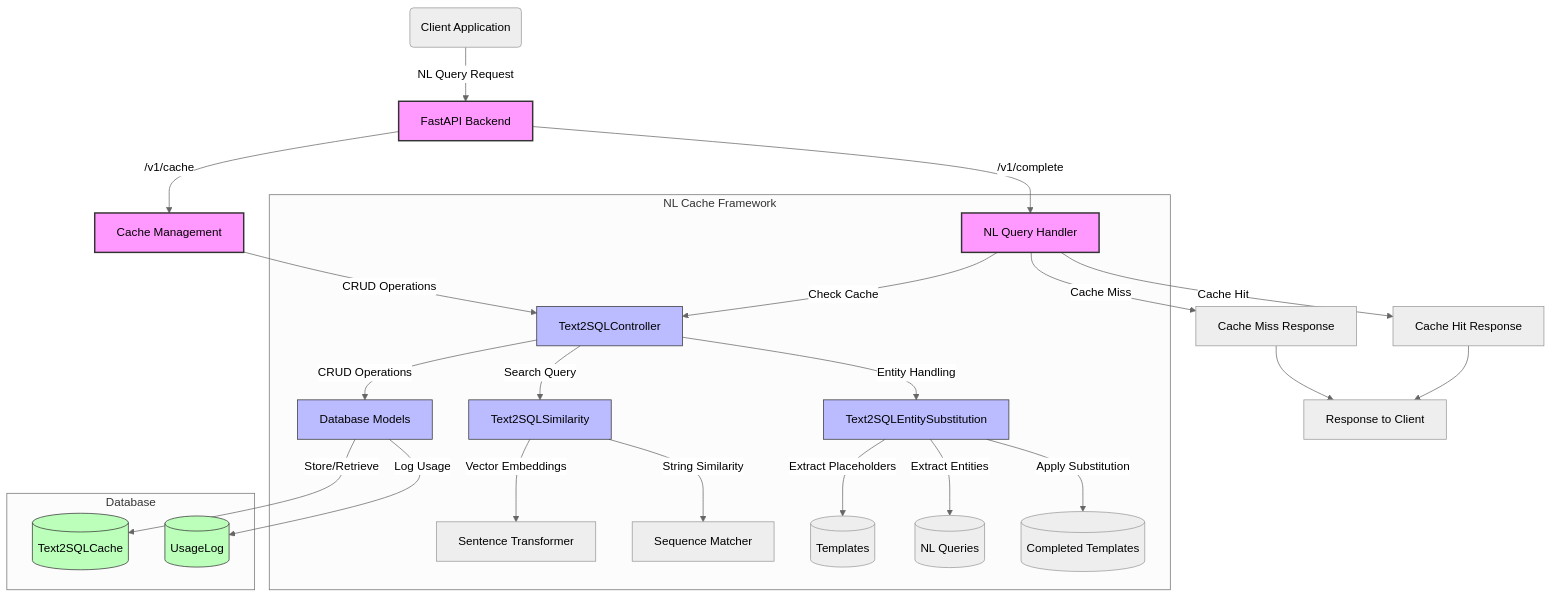
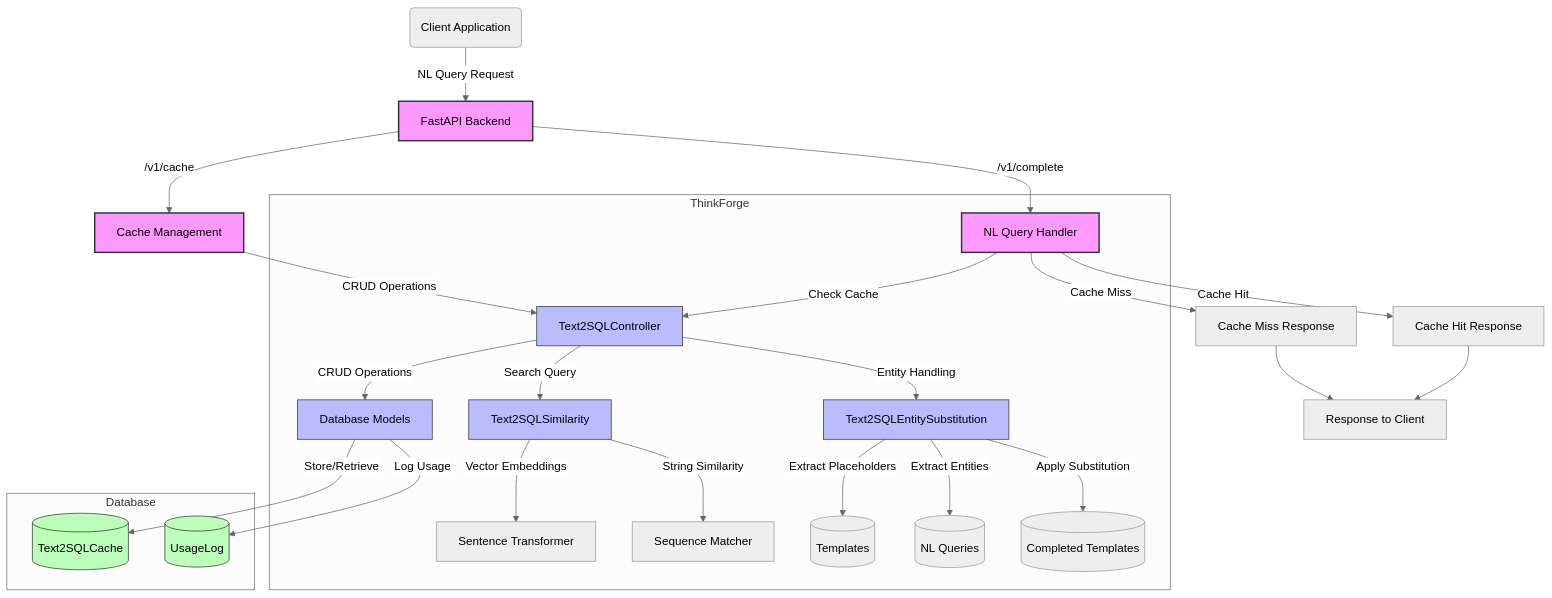
One commit to rnednur/nl_cache_framework changed the second of 3 diagrams in README.md. Above: the diagram before and after it, drawn with Mermaid (neutral theme). The commit also changed other lines of this file and 36 other files, not shown here.

Commit message:
Rename project from NLCache to ThinkForge

````diff
--- a/README.md
+++ b/README.md
@@ -94,52 +94,52 @@
 ```mermaid
 flowchart TD
     %% Main Flow
     Client(Client Application) -->|NL Query Request| FastAPI[FastAPI Backend]
     FastAPI -->|/v1/complete| NLQueryHandler[NL Query Handler]
     
-    %% Core NL Cache Framework Components
-    subgraph "NL Cache Framework"
+    %% Core ThinkForge Components
+    subgraph "ThinkForge"
         NLQueryHandler -->|Check Cache| Controller[Text2SQLController]
         Controller -->|Search Query| SimilarityUtil[Text2SQLSimilarity]
         Controller -->|CRUD Operations| DBModels[Database Models]
         Controller -->|Entity Handling| EntitySub[Text2SQLEntitySubstitution]
         
         %% Similarity Component
         SimilarityUtil -->|Vector Embeddings| SentenceTransformer[Sentence Transformer]
         SimilarityUtil -->|String Similarity| SequenceMatcher[Sequence Matcher]
         
         %% Entity Substitution Component
         EntitySub -->|Extract Placeholders| Templates[(Templates)]
         EntitySub -->|Extract Entities| NLQuery[(NL Queries)]
         EntitySub -->|Apply Substitution| CompletedTemplate[(Completed Templates)]
     end
     
     %% Database
     subgraph "Database"
         DBModels -->|Store/Retrieve| CacheEntries[(Text2SQLCache)]
         DBModels -->|Log Usage| UsageLog[(UsageLog)]
     end
     
     %% Response Paths
     NLQueryHandler -->|Cache Hit| CacheHitResponse[Cache Hit Response]
     NLQueryHandler -->|Cache Miss| CacheMissResponse[Cache Miss Response]
     
     CacheHitResponse --> ResponseToClient[Response to Client]
     CacheMissResponse --> ResponseToClient
     
     %% Other API Endpoints
     FastAPI -->|/v1/cache| CacheManagement[Cache Management]
     CacheManagement -->|CRUD Operations| Controller
     
     %% API Routes Legend
     classDef apiEndpoint fill:#f9f,stroke:#333,stroke-width:2px;
     class FastAPI,CacheManagement,NLQueryHandler apiEndpoint;
     
     %% Component Legend
     classDef framework fill:#bbf,stroke:#333,stroke-width:1px;
     class Controller,SimilarityUtil,EntitySub,DBModels framework;
     
     %% Database Legend
     classDef db fill:#bfb,stroke:#333,stroke-width:1px;
     class CacheEntries,UsageLog db;
 ```
````
